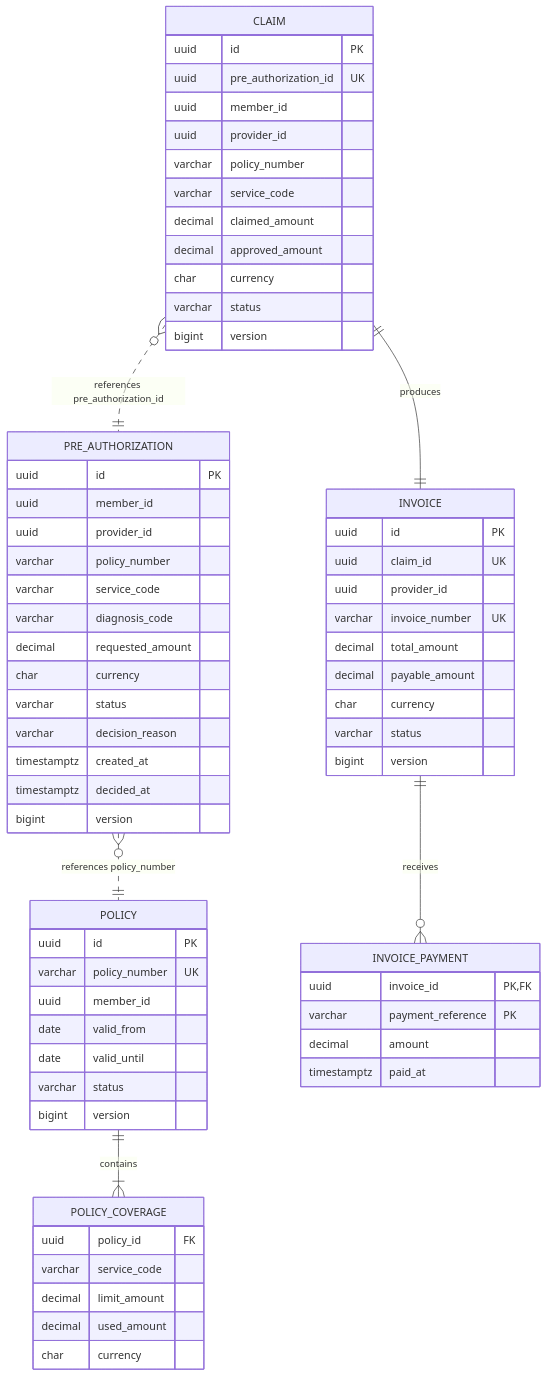
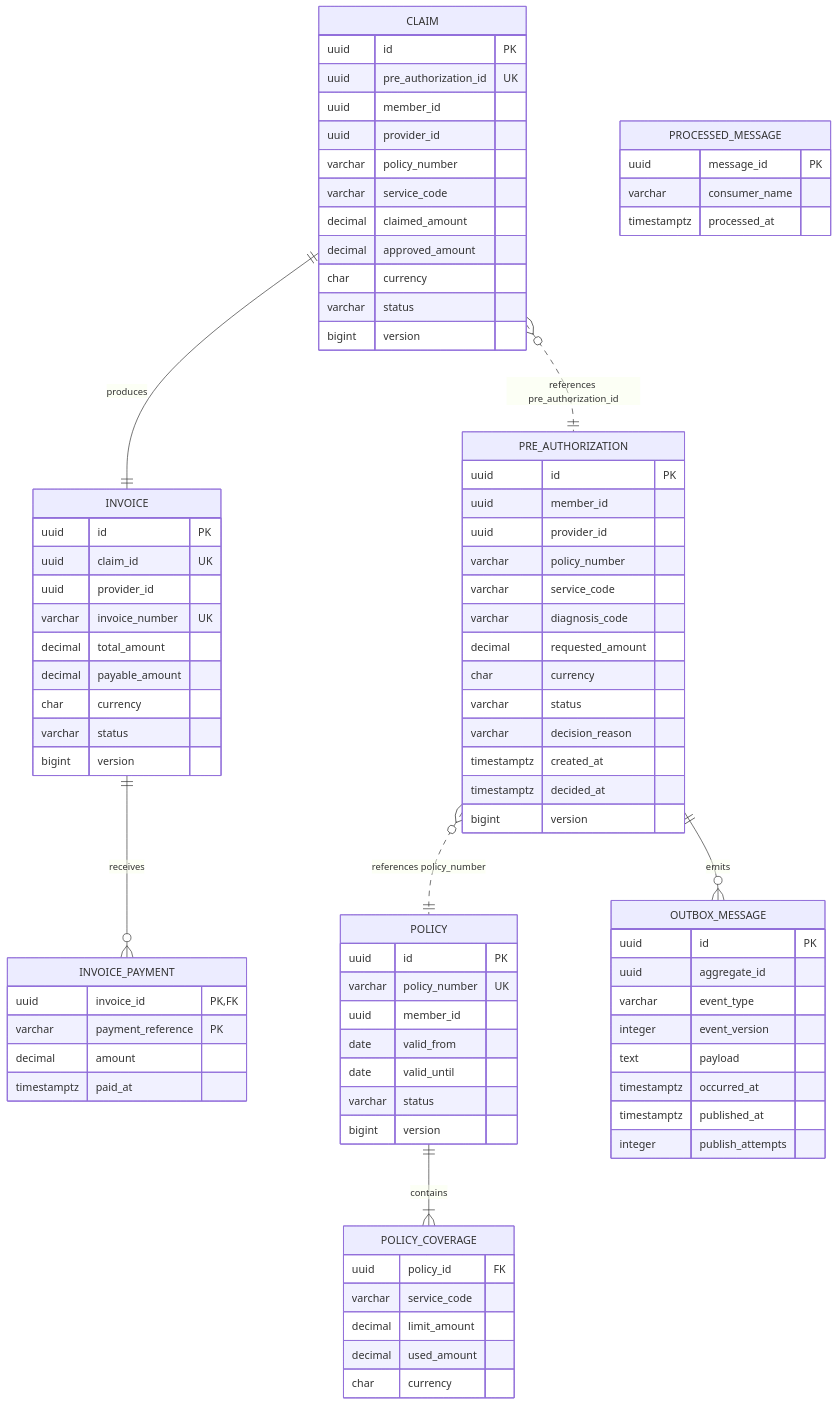
The diagram in docs/architecture/data-model.md (aydindemir1/health-insurance-platform), drawn with Mermaid before and after one commit. The commit also changed other lines of this file and 12 other files, not shown here.

````diff
--- a/docs/architecture/data-model.md
+++ b/docs/architecture/data-model.md
@@ -10,6 +10,7 @@
     CLAIM ||--|| INVOICE : produces
     INVOICE ||--o{ INVOICE_PAYMENT : receives
     CLAIM }o..|| PRE_AUTHORIZATION : "references pre_authorization_id"
+    PRE_AUTHORIZATION ||--o{ OUTBOX_MESSAGE : emits
 
     POLICY {
         uuid id PK
@@ -72,4 +73,19 @@
         decimal amount
         timestamptz paid_at
     }
+    OUTBOX_MESSAGE {
+        uuid id PK
+        uuid aggregate_id
+        varchar event_type
+        integer event_version
+        text payload
+        timestamptz occurred_at
+        timestamptz published_at
+        integer publish_attempts
+    }
+    PROCESSED_MESSAGE {
+        uuid message_id PK
+        varchar consumer_name
+        timestamptz processed_at
+    }
 ```
````
